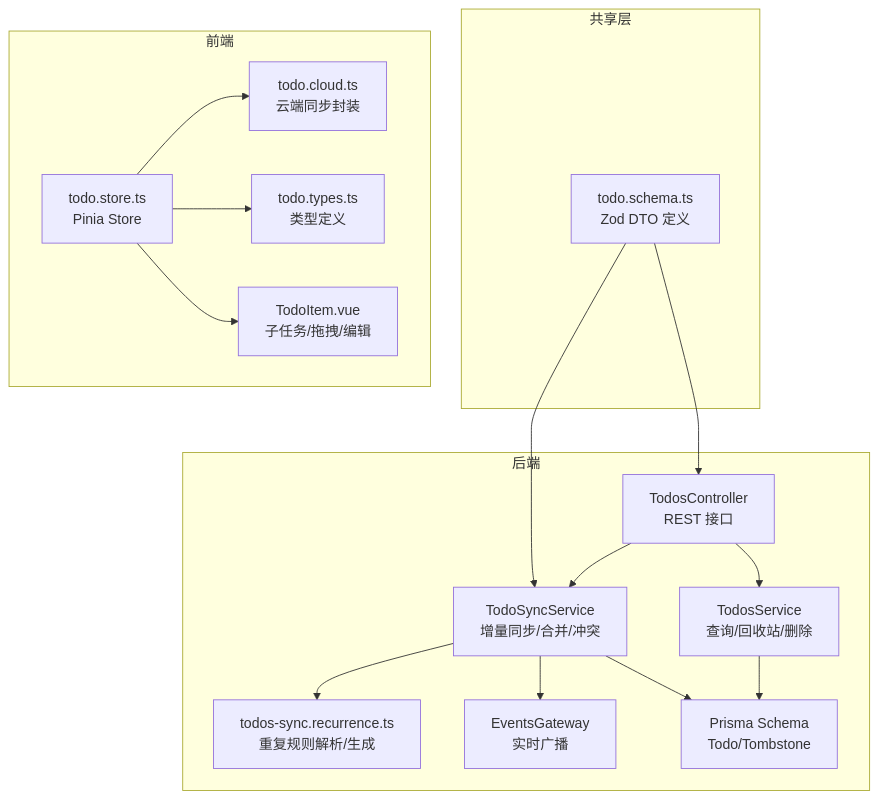
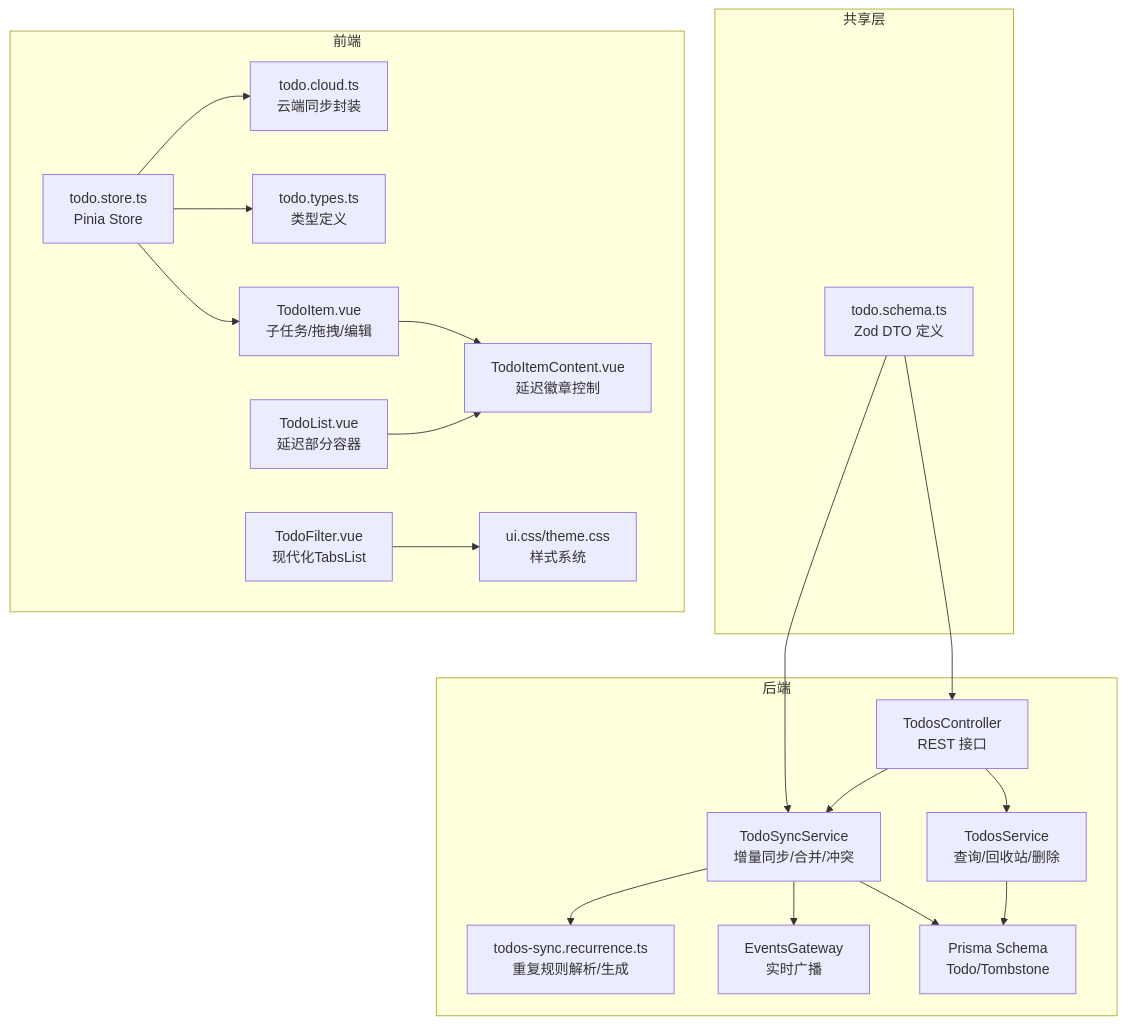
One commit to xixixiaoyu/Todo changed the first of 9 diagrams in .qoder/repowiki/zh/content/后端开发/待办事项模块/待办事项模块.md. Above: the diagram before and after it, drawn with Mermaid. The commit also changed other lines of this file and 8 other files, not shown here.

````diff
--- a/.qoder/repowiki/zh/content/后端开发/待办事项模块/待办事项模块.md
+++ b/.qoder/repowiki/zh/content/后端开发/待办事项模块/待办事项模块.md
@@ -38,31 +56,38 @@
 ```mermaid
 graph TB
 subgraph "后端"
 C["TodosController<br/>REST 接口"]
 S["TodosService<br/>查询/回收站/删除"]
 Y["TodoSyncService<br/>增量同步/合并/冲突"]
 R["todos-sync.recurrence.ts<br/>重复规则解析/生成"]
 G["EventsGateway<br/>实时广播"]
 P["Prisma Schema<br/>Todo/Tombstone"]
 end
 subgraph "共享层"
 D["todo.schema.ts<br/>Zod DTO 定义"]
 end
 subgraph "前端"
 FStore["todo.store.ts<br/>Pinia Store"]
 FTypes["todo.types.ts<br/>类型定义"]
 FCloud["todo.cloud.ts<br/>云端同步封装"]
 FComp["TodoItem.vue<br/>子任务/拖拽/编辑"]
+FItemContent["TodoItemContent.vue<br/>延迟徽章控制"]
+FList["TodoList.vue<br/>延迟部分容器"]
+FFilter["TodoFilter.vue<br/>现代化TabsList"]
+FStyles["ui.css/theme.css<br/>样式系统"]
 end
 C --> S
 C --> Y
 Y --> R
 S --> P
 Y --> P
 Y --> G
 FStore --> FCloud
 FStore --> FTypes
 FStore --> FComp
+FComp --> FItemContent
+FList --> FItemContent
+FFilter --> FStyles
 D --> C
 D --> Y
 ```
````
